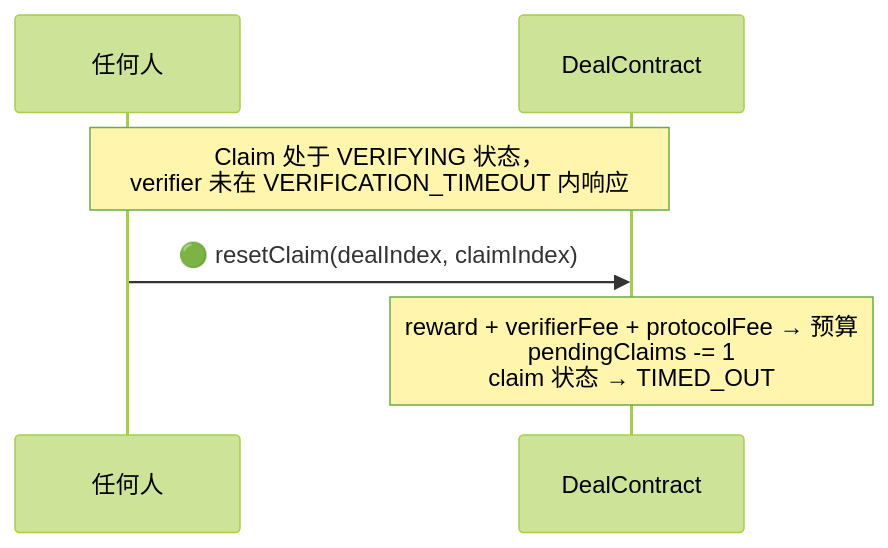
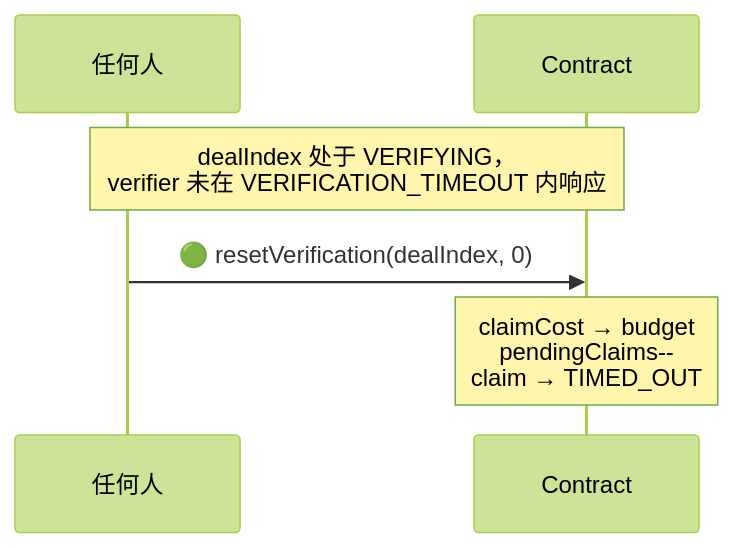
One commit to synctxai/synctx changed the third of 5 diagrams in examples/x-follow/x-follow-design-zh.md. Above: the diagram before and after it, drawn with Mermaid (forest theme). The commit also changed other lines of this file and 1 other file, not shown here.

First line of the commit message:
docs(x-follow): contract IS the campaign, each claim IS a dealIndex

````diff
--- a/examples/x-follow/x-follow-design-zh.md
+++ b/examples/x-follow/x-follow-design-zh.md
@@ -285,9 +303,9 @@
 ```mermaid
 sequenceDiagram
     participant X as 任何人
-    participant D as DealContract
+    participant C as Contract
 
-    Note over X,D: Claim 处于 VERIFYING 状态，<br/>verifier 未在 VERIFICATION_TIMEOUT 内响应
-    X->>D: 🟢 resetClaim(dealIndex, claimIndex)
-    Note over D: reward + verifierFee + protocolFee → 预算<br/>pendingClaims -= 1<br/>claim 状态 → TIMED_OUT
+    Note over X,C: dealIndex 处于 VERIFYING，<br/>verifier 未在 VERIFICATION_TIMEOUT 内响应
+    X->>C: 🟢 resetVerification(dealIndex, 0)
+    Note over C: claimCost → budget<br/>pendingClaims--<br/>claim → TIMED_OUT
 ```
````
